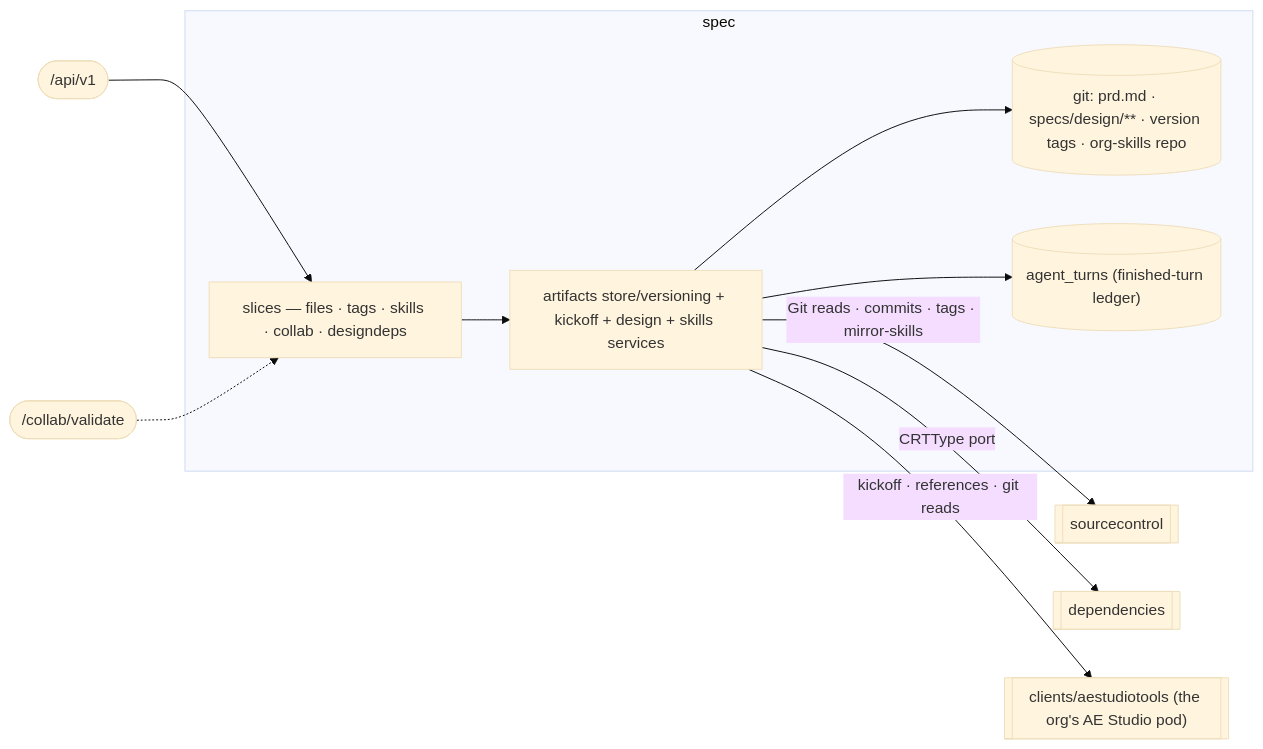
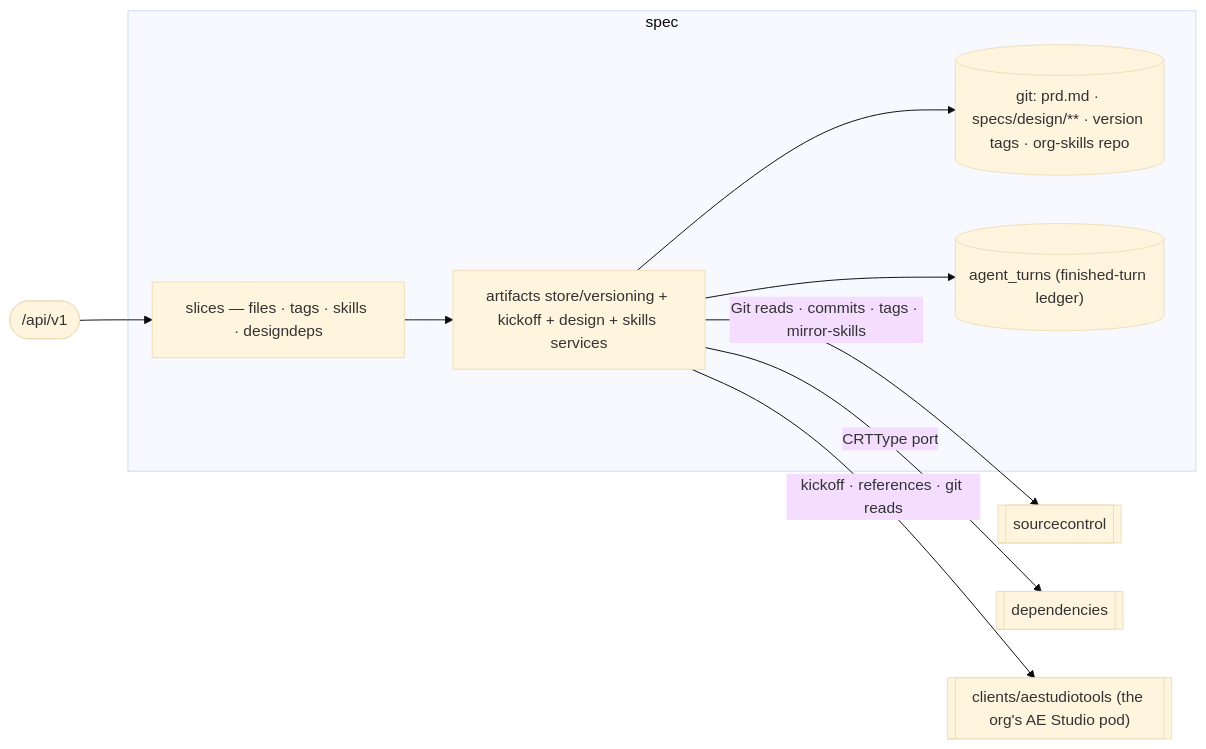
One commit to wso2/labs-agentic-engineer changed the diagram in services/aep-api/internal/spec/README.md. Above: the diagram before and after it, drawn with Mermaid (base theme). The commit also changed other lines of this file and 14 other files, not shown here.

````diff
--- a/services/aep-api/internal/spec/README.md
+++ b/services/aep-api/internal/spec/README.md
@@ -9,15 +9,14 @@
 ```mermaid
 flowchart LR
   API(["/api/v1"]) --> SL
-  CB(["/collab/validate"]) -.-> SL
   subgraph spec
-    SL["slices — files · tags · skills · collab · designdeps"]
+    SL["slices — files · tags · skills · designdeps"]
     CORE["artifacts store/versioning + kickoff + design + skills services"]
     SL --> CORE
     CORE --> GIT[("git: prd.md · specs/design/** · version tags · org-skills repo")]
     CORE --> TURNS[("agent_turns (finished-turn ledger)")]
   end
   CORE -->|Git reads · commits · tags · mirror-skills| SC[[sourcecontrol]]
   CORE -->|CRTType port| DEP[[dependencies]]
   CORE -->|kickoff · references · git reads| POD[["clients/aestudiotools (the org's AE Studio pod)"]]
 ```
````
